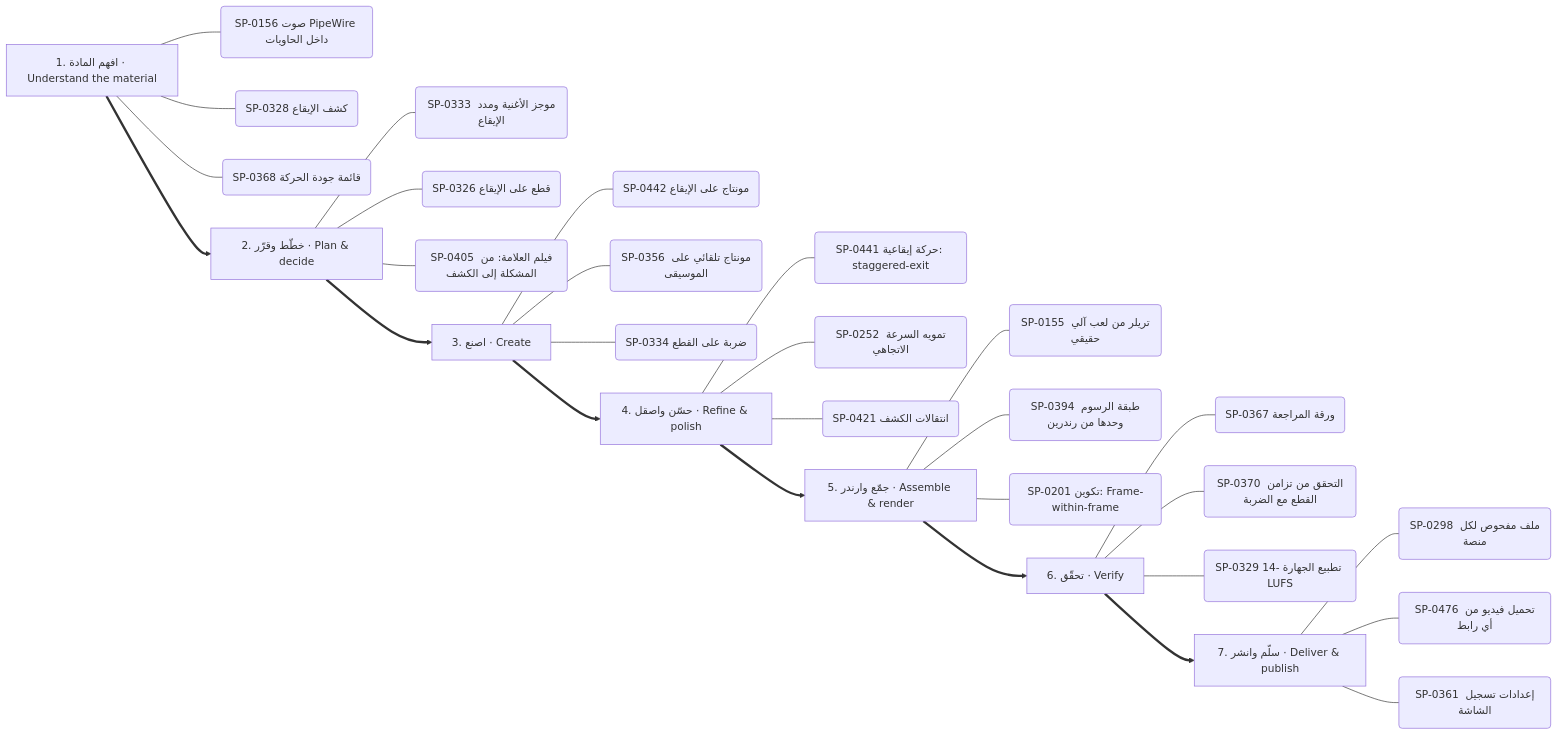
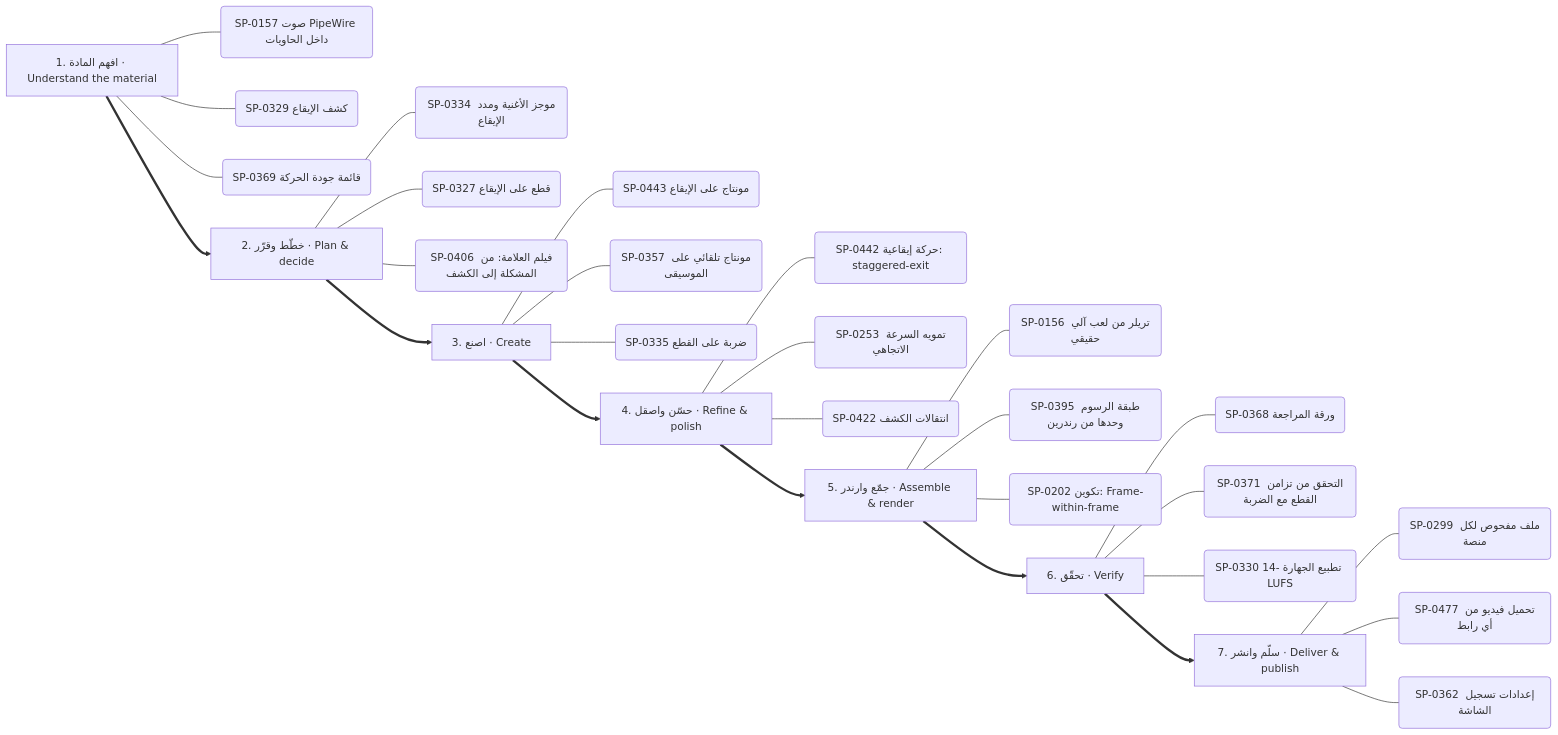
Before and after one commit to kosif199022-jpg/kosif-tool: the third of 13 diagrams in .claude/skills/kosif-superpowers/references/capability-mindmap.md, drawn with Mermaid. The commit also changed other lines of this file and 61 other files, not shown here.

````diff
--- a/.claude/skills/kosif-superpowers/references/capability-mindmap.md
+++ b/.claude/skills/kosif-superpowers/references/capability-mindmap.md
@@ -179,37 +179,37 @@
 ```mermaid
 flowchart LR
   S0["1. افهم المادة · Understand the material"]
-  S0 --- S0_0("SP-0156 صوت PipeWire داخل الحاويات")
-  S0 --- S0_1("SP-0328 كشف الإيقاع")
-  S0 --- S0_2("SP-0368 قائمة جودة الحركة")
+  S0 --- S0_0("SP-0157 صوت PipeWire داخل الحاويات")
+  S0 --- S0_1("SP-0329 كشف الإيقاع")
+  S0 --- S0_2("SP-0369 قائمة جودة الحركة")
   S1["2. خطّط وقرّر · Plan & decide"]
-  S1 --- S1_0("SP-0333 موجز الأغنية ومدد الإيقاع")
-  S1 --- S1_1("SP-0326 قطع على الإيقاع")
-  S1 --- S1_2("SP-0405 فيلم العلامة: من المشكلة إلى الكشف")
+  S1 --- S1_0("SP-0334 موجز الأغنية ومدد الإيقاع")
+  S1 --- S1_1("SP-0327 قطع على الإيقاع")
+  S1 --- S1_2("SP-0406 فيلم العلامة: من المشكلة إلى الكشف")
   S0 ==> S1
   S2["3. اصنع · Create"]
-  S2 --- S2_0("SP-0442 مونتاج على الإيقاع")
-  S2 --- S2_1("SP-0356 مونتاج تلقائي على الموسيقى")
-  S2 --- S2_2("SP-0334 ضربة على القطع")
+  S2 --- S2_0("SP-0443 مونتاج على الإيقاع")
+  S2 --- S2_1("SP-0357 مونتاج تلقائي على الموسيقى")
+  S2 --- S2_2("SP-0335 ضربة على القطع")
   S1 ==> S2
   S3["4. حسّن واصقل · Refine & polish"]
-  S3 --- S3_0("SP-0441 حركة إيقاعية: staggered-exit")
-  S3 --- S3_1("SP-0252 تمويه السرعة الاتجاهي")
-  S3 --- S3_2("SP-0421 انتقالات الكشف")
+  S3 --- S3_0("SP-0442 حركة إيقاعية: staggered-exit")
+  S3 --- S3_1("SP-0253 تمويه السرعة الاتجاهي")
+  S3 --- S3_2("SP-0422 انتقالات الكشف")
   S2 ==> S3
   S4["5. جمّع وارندر · Assemble & render"]
-  S4 --- S4_0("SP-0155 تريلر من لعب آلي حقيقي")
-  S4 --- S4_1("SP-0394 طبقة الرسوم وحدها من رندرين")
-  S4 --- S4_2("SP-0201 تكوين: Frame-within-frame")
+  S4 --- S4_0("SP-0156 تريلر من لعب آلي حقيقي")
+  S4 --- S4_1("SP-0395 طبقة الرسوم وحدها من رندرين")
+  S4 --- S4_2("SP-0202 تكوين: Frame-within-frame")
   S3 ==> S4
   S5["6. تحقّق · Verify"]
-  S5 --- S5_0("SP-0367 ورقة المراجعة")
-  S5 --- S5_1("SP-0370 التحقق من تزامن القطع مع الضربة")
-  S5 --- S5_2("SP-0329 تطبيع الجهارة -14 LUFS")
+  S5 --- S5_0("SP-0368 ورقة المراجعة")
+  S5 --- S5_1("SP-0371 التحقق من تزامن القطع مع الضربة")
+  S5 --- S5_2("SP-0330 تطبيع الجهارة -14 LUFS")
   S4 ==> S5
   S6["7. سلّم وانشر · Deliver & publish"]
-  S6 --- S6_0("SP-0298 ملف مفحوص لكل منصة")
-  S6 --- S6_1("SP-0476 تحميل فيديو من أي رابط")
-  S6 --- S6_2("SP-0361 إعدادات تسجيل الشاشة")
+  S6 --- S6_0("SP-0299 ملف مفحوص لكل منصة")
+  S6 --- S6_1("SP-0477 تحميل فيديو من أي رابط")
+  S6 --- S6_2("SP-0362 إعدادات تسجيل الشاشة")
   S5 ==> S6
 ```
````
